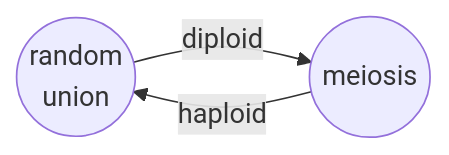
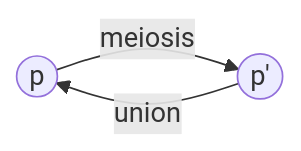
One commit to osmond-lab/eeb314 changed the third of 3 diagrams in docs/lectures/lecture-02.md. Above: the diagram before and after it, drawn with Mermaid. The commit also changed other lines of this file and 25 other files, not shown here.

````diff
--- a/docs/lectures/lecture-02.md
+++ b/docs/lectures/lecture-02.md
@@ -190,5 +245,5 @@
 ```mermaid
     graph LR;
-    A((random<br> union)) --diploid--> B((meiosis));
-    B --haploid--> A;
+    A((p)) --meiosis--> B((p'));
+    B --union--> A;
 ```   
````
